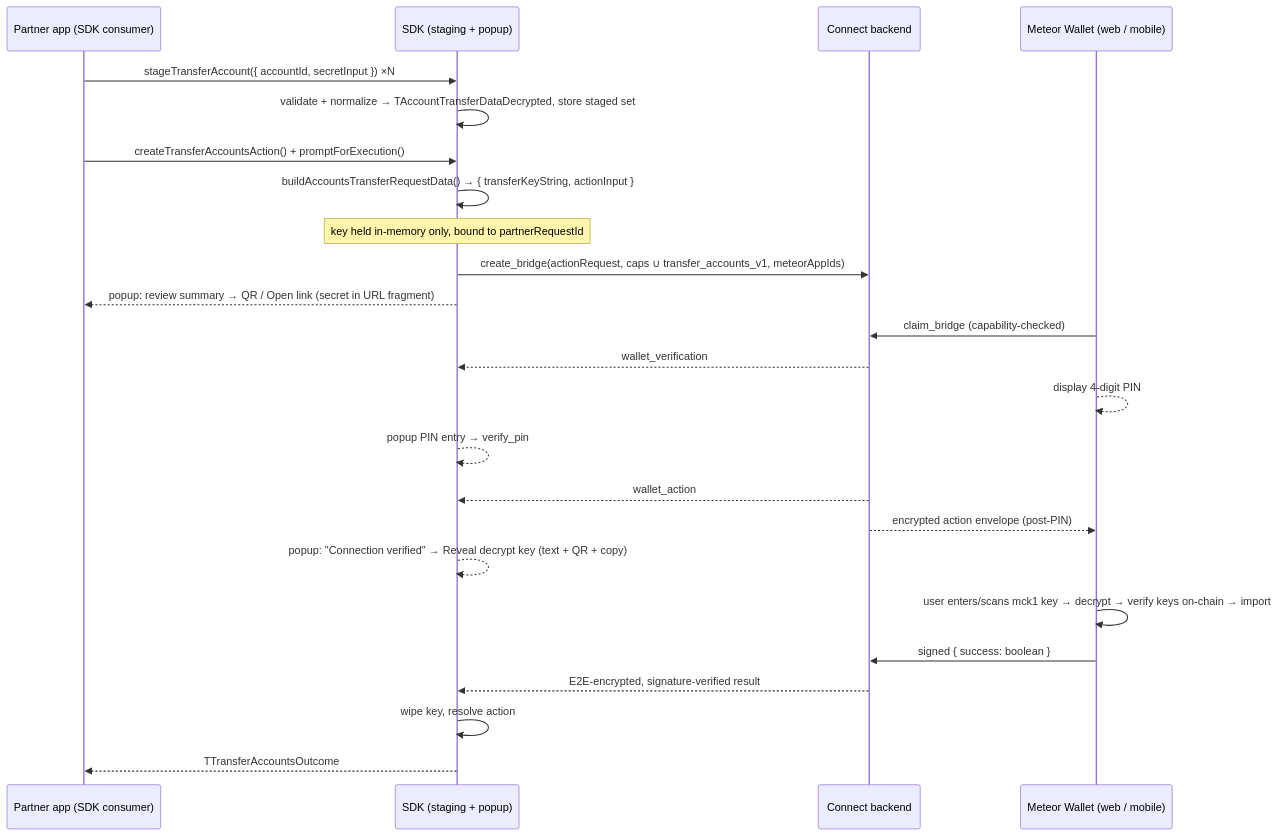
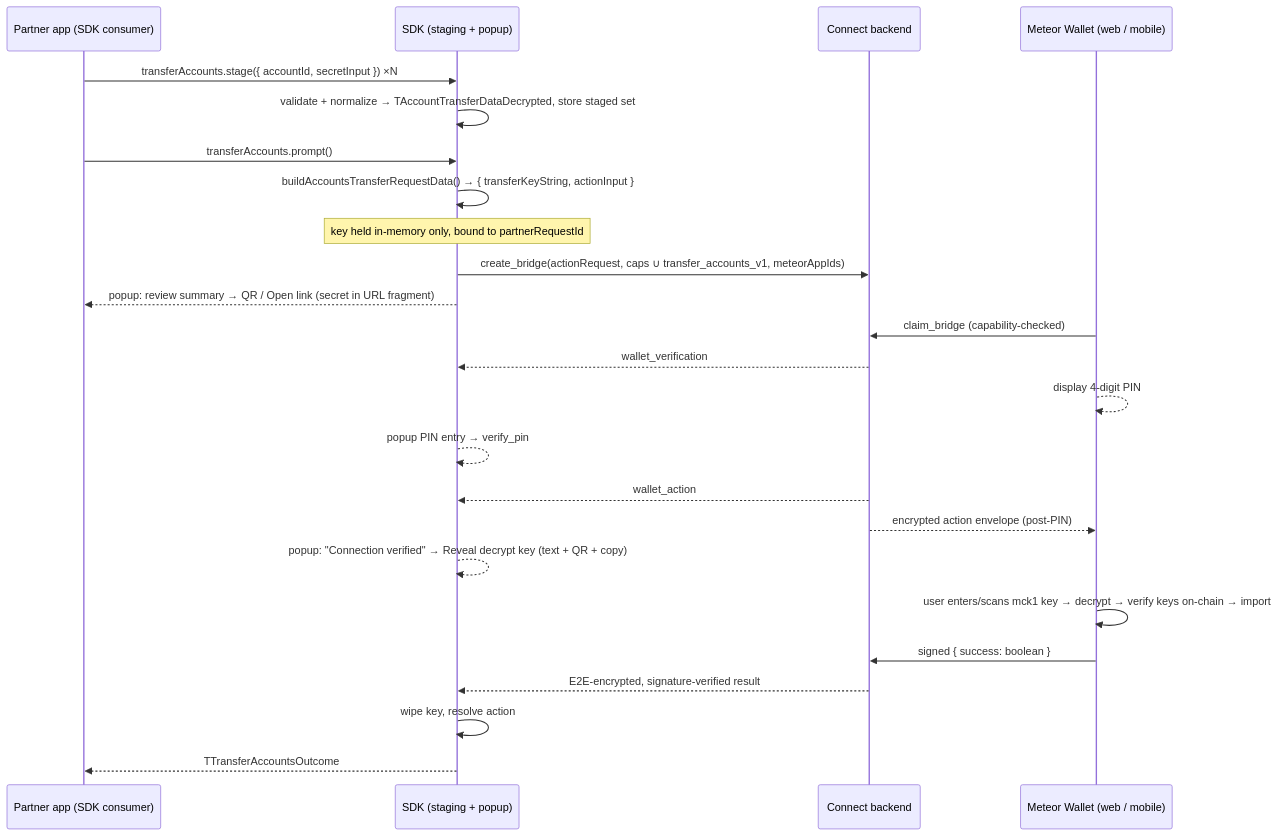
Before and after one commit to Meteor-Wallet/meteor_wallet_sdk: the diagram in PLAN-sdk-transfer-accounts.md, drawn with Mermaid. The commit also changed other lines of this file, not shown here.

````diff
--- a/PLAN-sdk-transfer-accounts.md
+++ b/PLAN-sdk-transfer-accounts.md
@@ -84,27 +110,27 @@
 ```mermaid
 sequenceDiagram
     participant P as Partner app (SDK consumer)
     participant S as SDK (staging + popup)
     participant B as Connect backend
     participant W as Meteor Wallet (web / mobile)
 
-    P->>S: stageTransferAccount({ accountId, secretInput }) ×N
+    P->>S: transferAccounts.stage({ accountId, secretInput }) ×N
     S->>S: validate + normalize → TAccountTransferDataDecrypted, store staged set
-    P->>S: createTransferAccountsAction() + promptForExecution()
+    P->>S: transferAccounts.prompt()
     S->>S: buildAccountsTransferRequestData() → { transferKeyString, actionInput }
     Note over S: key held in-memory only, bound to partnerRequestId
     S->>B: create_bridge(actionRequest, caps ∪ transfer_accounts_v1, meteorAppIds)
     S-->>P: popup: review summary → QR / Open link (secret in URL fragment)
     W->>B: claim_bridge (capability-checked)
     B-->>S: wallet_verification
     W-->>W: display 4-digit PIN
     S-->>S: popup PIN entry → verify_pin
     B-->>S: wallet_action
     B-->>W: encrypted action envelope (post-PIN)
     S-->>S: popup: "Connection verified" → Reveal decrypt key (text + QR + copy)
     W->>W: user enters/scans mck1 key → decrypt → verify keys on-chain → import
     W->>B: signed { success: boolean }
     B-->>S: E2E-encrypted, signature-verified result
     S->>S: wipe key, resolve action
     S-->>P: TTransferAccountsOutcome
 ```
````
